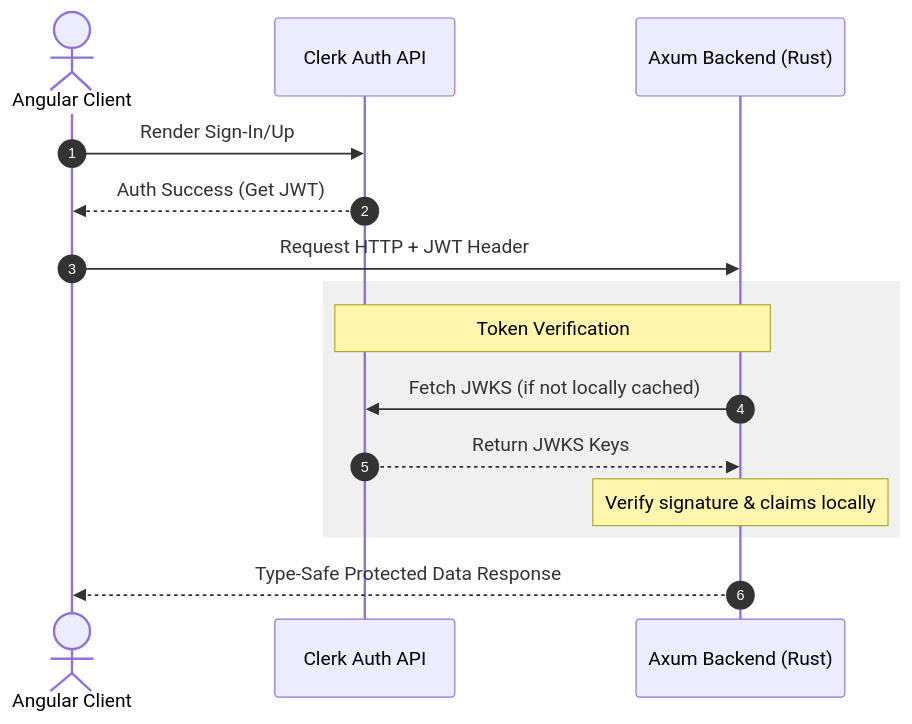
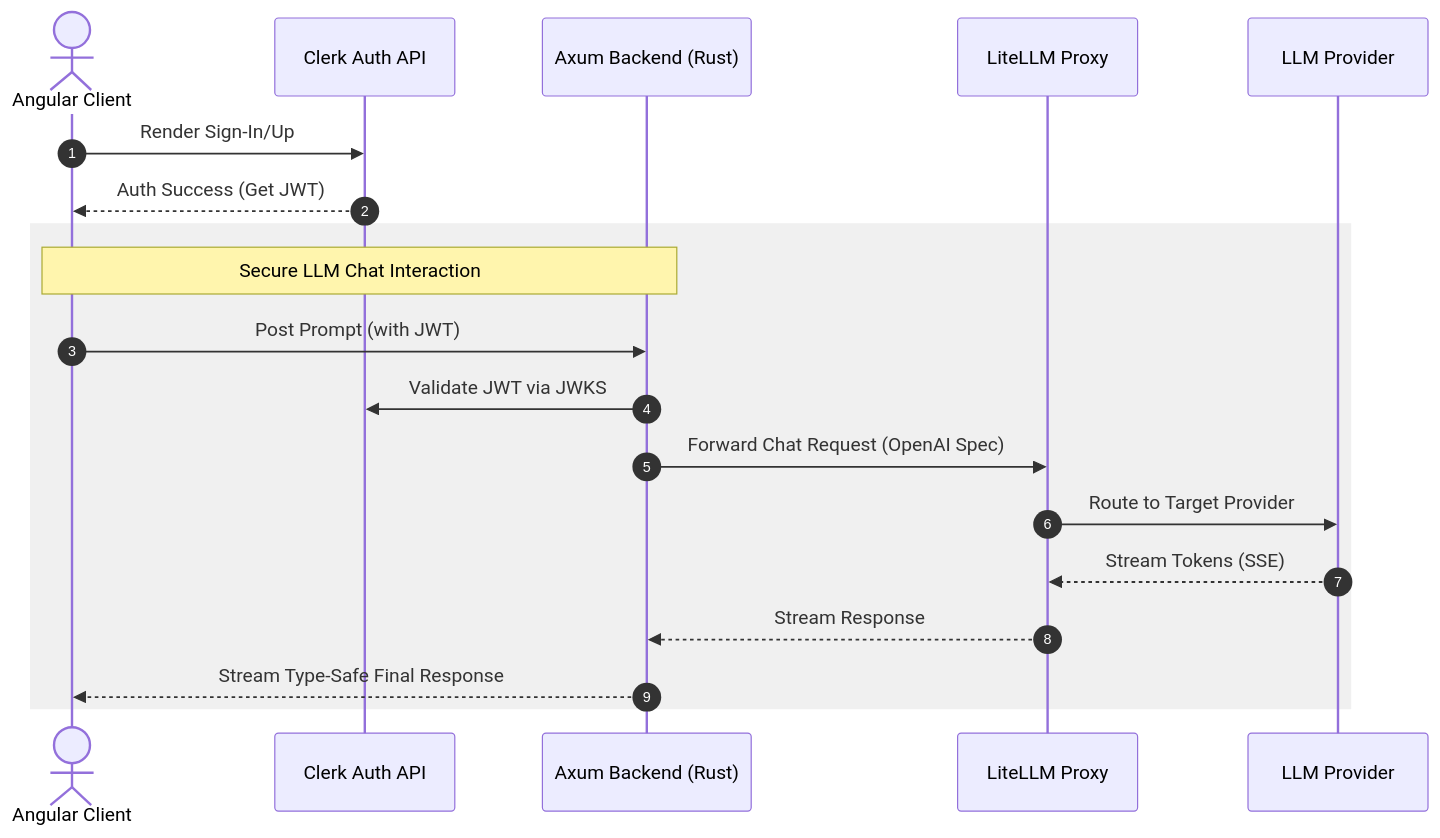
The diagram in project-intend.md (jvalsesia/angular-rust-clerk), drawn with Mermaid before and after one commit. The commit also changed other lines of this file and 35 other files, not shown here.

Commit message:
feat: implement AI chat workspace with pgvector integration and LiteLLM proxy support

````diff
--- a/project-intend.md
+++ b/project-intend.md
@@ -35,18 +42,24 @@
 ```mermaid
 sequenceDiagram
     autonumber
     actor Client as Angular Client
     participant Clerk as Clerk Auth API
     participant Backend as Axum Backend (Rust)
+    participant LiteLLM as LiteLLM Proxy
+    participant LLM as LLM Provider
 
     Client->>Clerk: Render Sign-In/Up
     Clerk-->>Client: Auth Success (Get JWT)
-    Client->>Backend: Request HTTP + JWT Header
+    
     rect rgb(240, 240, 240)
-        Note over Clerk, Backend: Token Verification
-        Backend->>Clerk: Fetch JWKS (if not locally cached)
-        Clerk-->>Backend: Return JWKS Keys
-        Note over Backend: Verify signature & claims locally
+        Note over Client, Backend: Secure LLM Chat Interaction
+        Client->>Backend: Post Prompt (with JWT)
+        Backend->>Clerk: Validate JWT via JWKS
+        Backend->>LiteLLM: Forward Chat Request (OpenAI Spec)
+        LiteLLM->>LLM: Route to Target Provider
+        LLM-->>LiteLLM: Stream Tokens (SSE)
+        LiteLLM-->>Backend: Stream Response
+        Backend-->>Client: Stream Type-Safe Final Response
     end
-    Backend-->>Client: Type-Safe Protected Data Response
+
 ```
````
